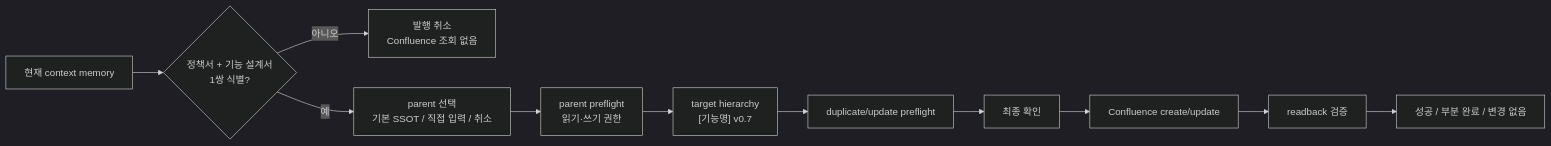
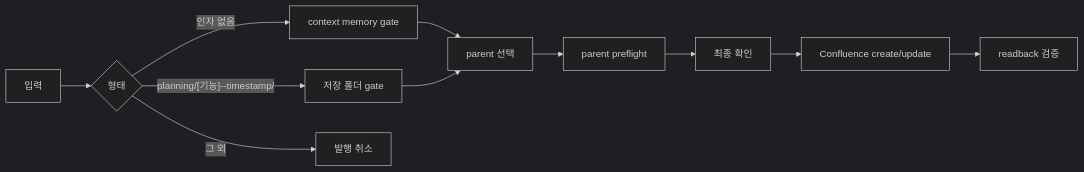
One commit to inkwonjung-colosseum/plugins changed the fourth of 4 diagrams in planning-kit/docs/planning-kit-workflow-guide.md. Above: the diagram before and after it, drawn with Mermaid (dark theme). The commit also changed other lines of this file and 83 other files, not shown here.

````diff
--- a/planning-kit/docs/planning-kit-workflow-guide.md
+++ b/planning-kit/docs/planning-kit-workflow-guide.md
@@ -221,13 +87,13 @@
 ```mermaid
 flowchart LR
-  A["현재 context memory"] --> B{"정책서 + 기능 설계서<br/>1쌍 식별?"}
-  B -->|"아니오"| X["발행 취소<br/>Confluence 조회 없음"]
-  B -->|"예"| C["parent 선택<br/>기본 SSOT / 직접 입력 / 취소"]
-  C --> D["parent preflight<br/>읽기·쓰기 권한"]
-  D --> E["target hierarchy<br/>[기능명] v0.7"]
-  E --> F["duplicate/update preflight"]
+  A["입력"] --> B{"형태"}
+  B -->|"인자 없음"| C["context memory gate"]
+  B -->|"planning/[기능]--timestamp/"| D["저장 폴더 gate"]
+  B -->|"그 외"| X["발행 취소"]
+  C --> E["parent 선택"]
+  D --> E
+  E --> F["parent preflight"]
   F --> G["최종 확인"]
   G --> H["Confluence create/update"]
   H --> I["readback 검증"]
-  I --> J["성공 / 부분 완료 / 변경 없음"]
 ```
````
